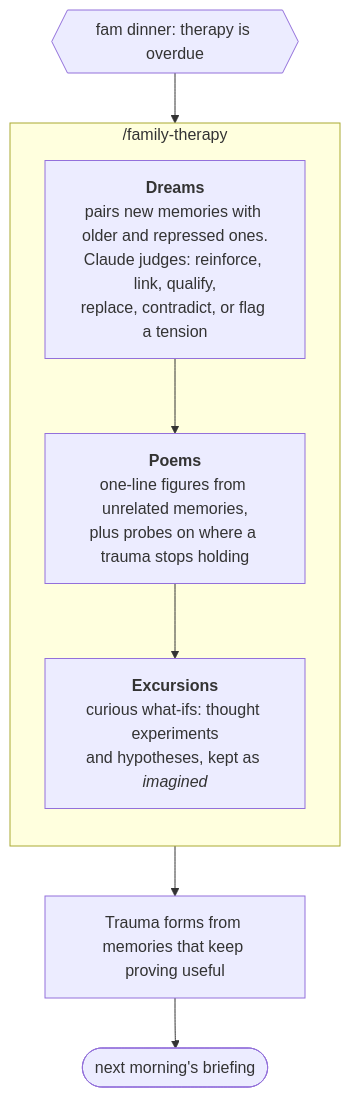
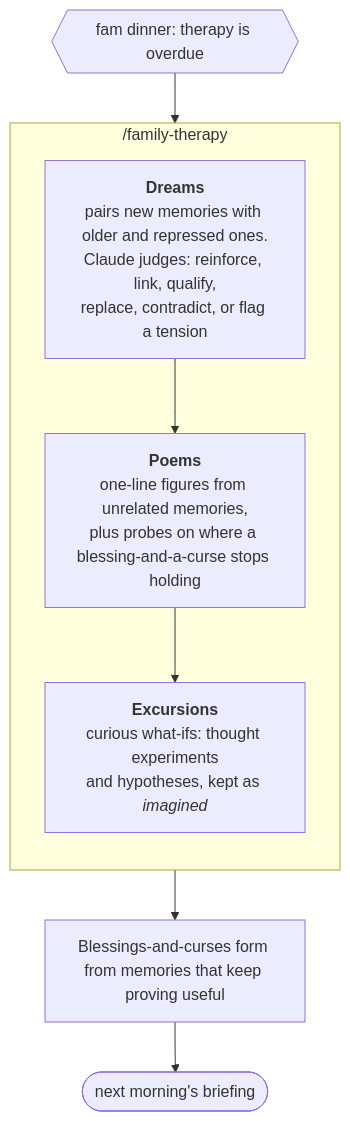
Before and after one commit to TheHaymaker/Ensemble-of-memories: the second of 5 diagrams in README.md, drawn with Mermaid. The commit also changed other lines of this file and 14 other files, not shown here.

First line of the commit message:
Lessons are blessings-and-curses; inherited marks are trauma (Brett's names)

````diff
--- a/README.md
+++ b/README.md
@@ -76,13 +76,13 @@
 ```mermaid
 flowchart TB
     due{{"fam dinner: therapy is overdue"}} --> D
     subgraph night ["/family-therapy"]
         direction TB
         D["<b>Dreams</b><br/>pairs new memories with older and repressed ones.<br/>Claude judges: reinforce, link, qualify,<br/>replace, contradict, or flag a tension"]
-        P["<b>Poems</b><br/>one-line figures from unrelated memories,<br/>plus probes on where a trauma stops holding"]
+        P["<b>Poems</b><br/>one-line figures from unrelated memories,<br/>plus probes on where a blessing-and-a-curse stops holding"]
         E["<b>Excursions</b><br/>curious what-ifs: thought experiments<br/>and hypotheses, kept as <i>imagined</i>"]
         D --> P --> E
     end
-    E --> LS["Trauma forms from memories that keep proving useful"]
+    E --> LS["Blessings-and-curses form from memories that keep proving useful"]
     LS --> next([next morning's briefing])
 ```
````
